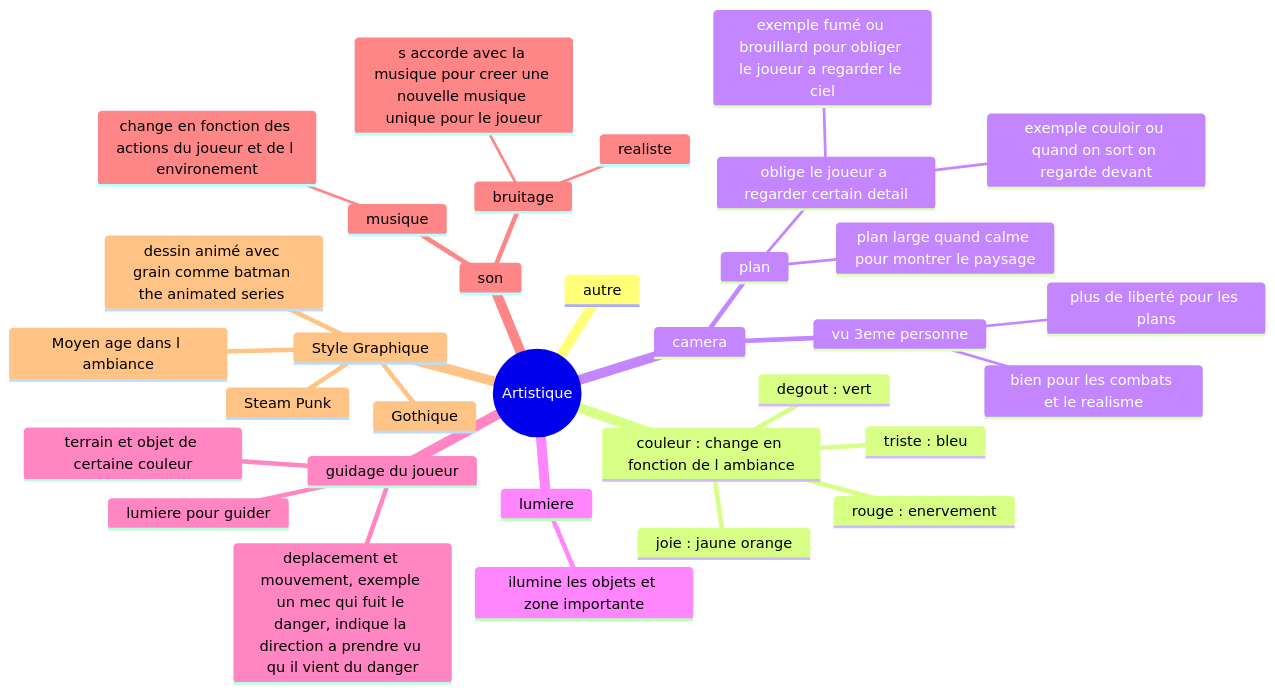
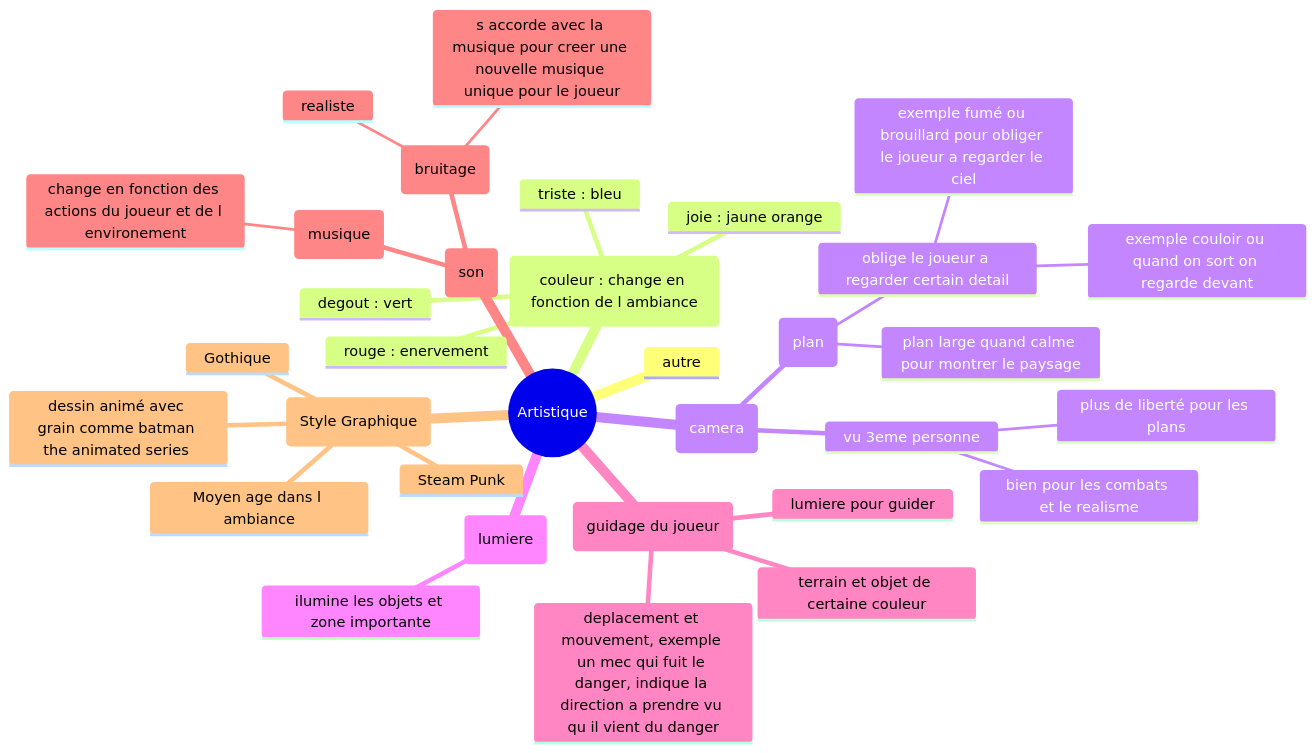
Before and after one commit to TheoHUETQC/adventure-game: the second of 3 diagrams in README.md, drawn with Mermaid. The commit also changed other lines of this file, not shown here.

````diff
--- a/README.md
+++ b/README.md
@@ -76,36 +92,36 @@
 ```mermaid
 mindmap
   root((Artistique))
     autre
-    couleur : change en fonction de l ambiance
+    (couleur : change en fonction de l ambiance)
       triste : bleu
       degout : vert
       joie : jaune orange
       rouge : enervement
-    camera
-      plan
+    (camera)
+      (plan)
         oblige le joueur a regarder certain detail
           exemple fumé ou brouillard pour obliger le joueur a regarder le ciel
           exemple couloir ou quand on sort on regarde devant
         plan large quand calme pour montrer le paysage
       vu 3eme personne
         plus de liberté pour les plans
         bien pour les combats et le realisme
-    lumiere
+    (lumiere)
       ilumine les objets et zone importante
-    guidage du joueur
+    (guidage du joueur)
       terrain et objet de certaine couleur
       lumiere pour guider
       deplacement et mouvement, exemple un mec qui fuit le danger, indique la direction a prendre vu qu il vient du danger
-    son
-      musique
+    (son)
+      (musique)
         change en fonction des actions du joueur et de l environement
-      bruitage
+      (bruitage)
         realiste
         s accorde avec la musique pour creer une nouvelle musique unique pour le joueur
-    Style Graphique
+    (Style Graphique)
       Steam Punk
       Gothique
       Moyen age dans l ambiance
       dessin animé avec grain comme batman the animated series 
 ```
````
